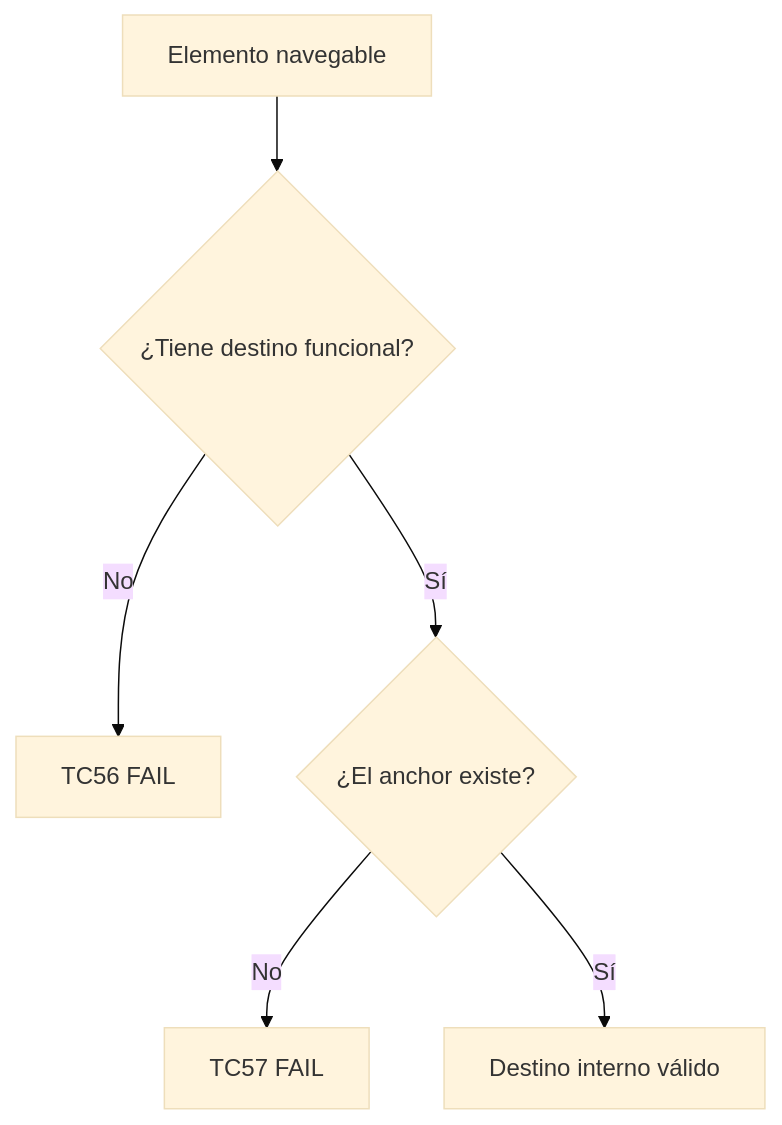
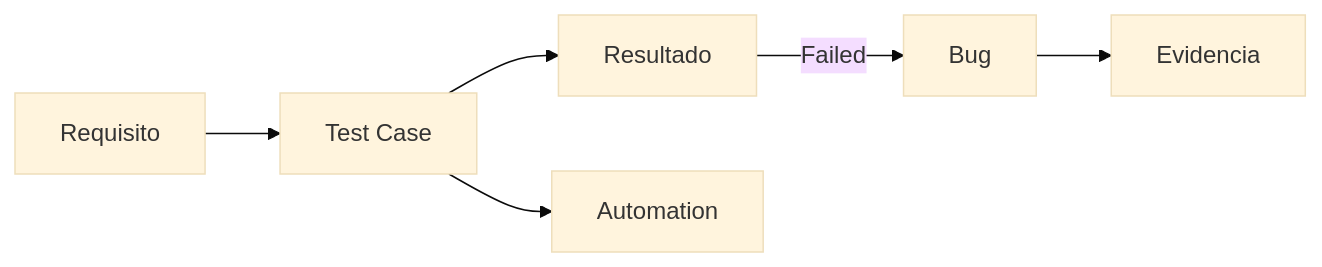
The fifth of 6 diagrams in README.md (MichaelR21z/shady-meadows-bnb-automation), drawn with Mermaid (base theme) before and after one commit. The commit also changed other lines of this file, not shown here.

````diff
--- a/README.md
+++ b/README.md
@@ -433,8 +449,8 @@
 ```mermaid
-flowchart TD
-    A[Elemento navegable] --> B{¿Tiene destino funcional?}
-    B -->|No| C[TC56 FAIL]
-    B -->|Sí| D{¿El anchor existe?}
-    D -->|No| E[TC57 FAIL]
-    D -->|Sí| F[Destino interno válido]
+flowchart LR
+    A[Requisito] --> B[Test Case]
+    B --> C[Resultado]
+    C -->|Failed| D[Bug]
+    D --> E[Evidencia]
+    B --> F[Automation]
 ```
````
